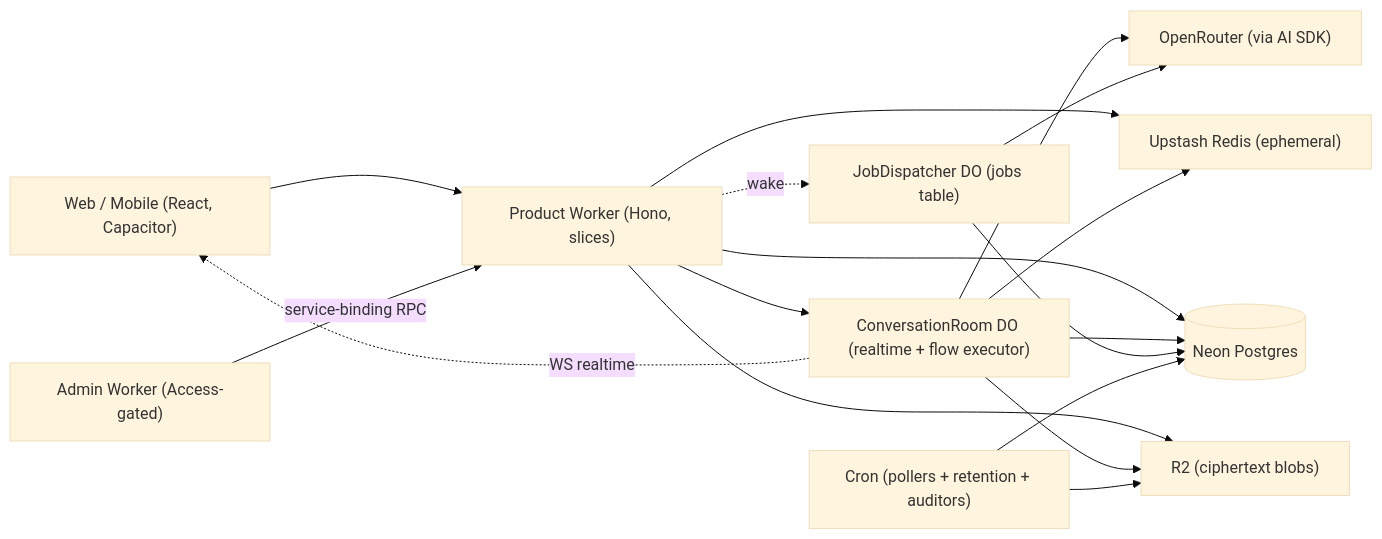
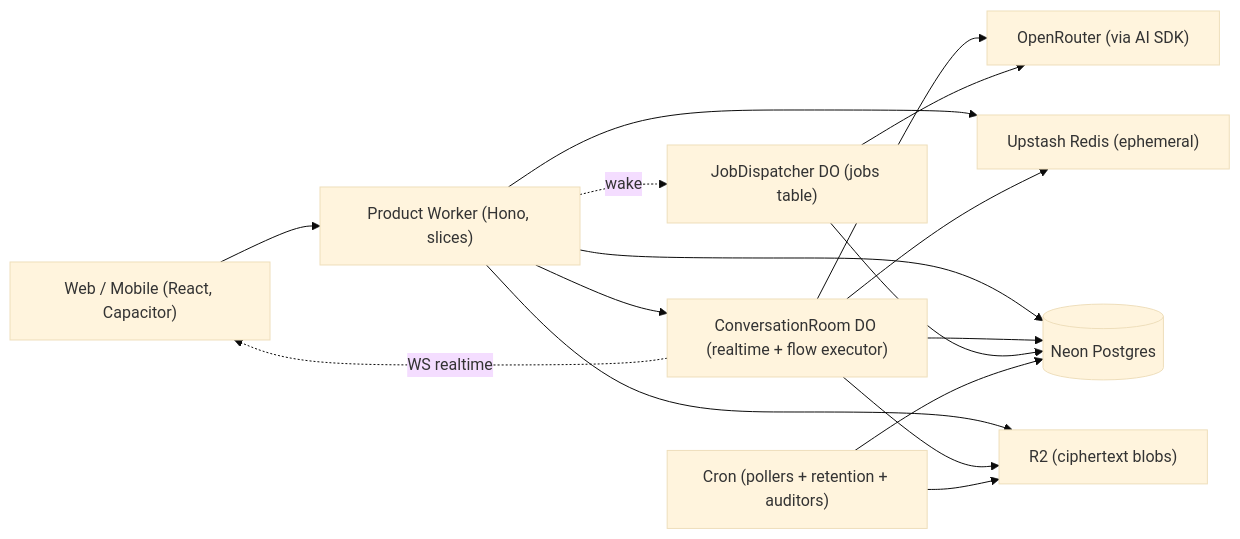
The diagram in docs/ARCHITECTURE.md (LOME-AI/LOME-CHAT), drawn with Mermaid (base theme) before and after one commit. The commit also changed other lines of this file and 94 other files, not shown here.

````diff
--- a/docs/ARCHITECTURE.md
+++ b/docs/ARCHITECTURE.md
@@ -16,22 +16,20 @@
 ```mermaid
 flowchart LR
   Client["Web / Mobile (React, Capacitor)"]
   Worker["Product Worker (Hono, slices)"]
-  Admin["Admin Worker (Access-gated)"]
   DO["ConversationRoom DO (realtime + flow executor)"]
   Jobs["JobDispatcher DO (jobs table)"]
   PG[("Neon Postgres")]
   R2["R2 (ciphertext blobs)"]
   Redis["Upstash Redis (ephemeral)"]
   Prov["OpenRouter (via AI SDK)"]
   Cron["Cron (pollers + retention + auditors)"]
 
   Client --> Worker
-  Admin -- service-binding RPC --> Worker
   Worker --> PG & Redis & R2 & DO
   Worker -. wake .-> Jobs
   DO --> Prov & PG & R2 & Redis
   Jobs --> PG & Prov
   Cron --> PG & R2
   DO -. WS realtime .-> Client
 ```
````
